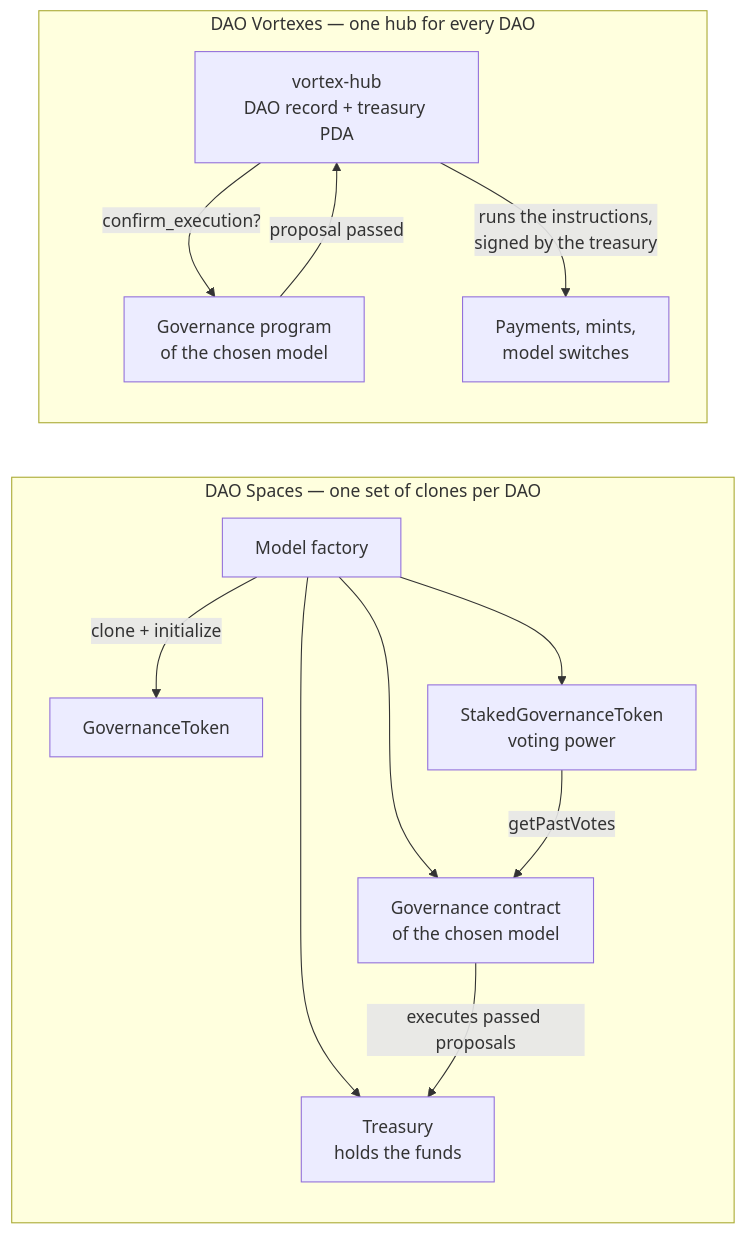
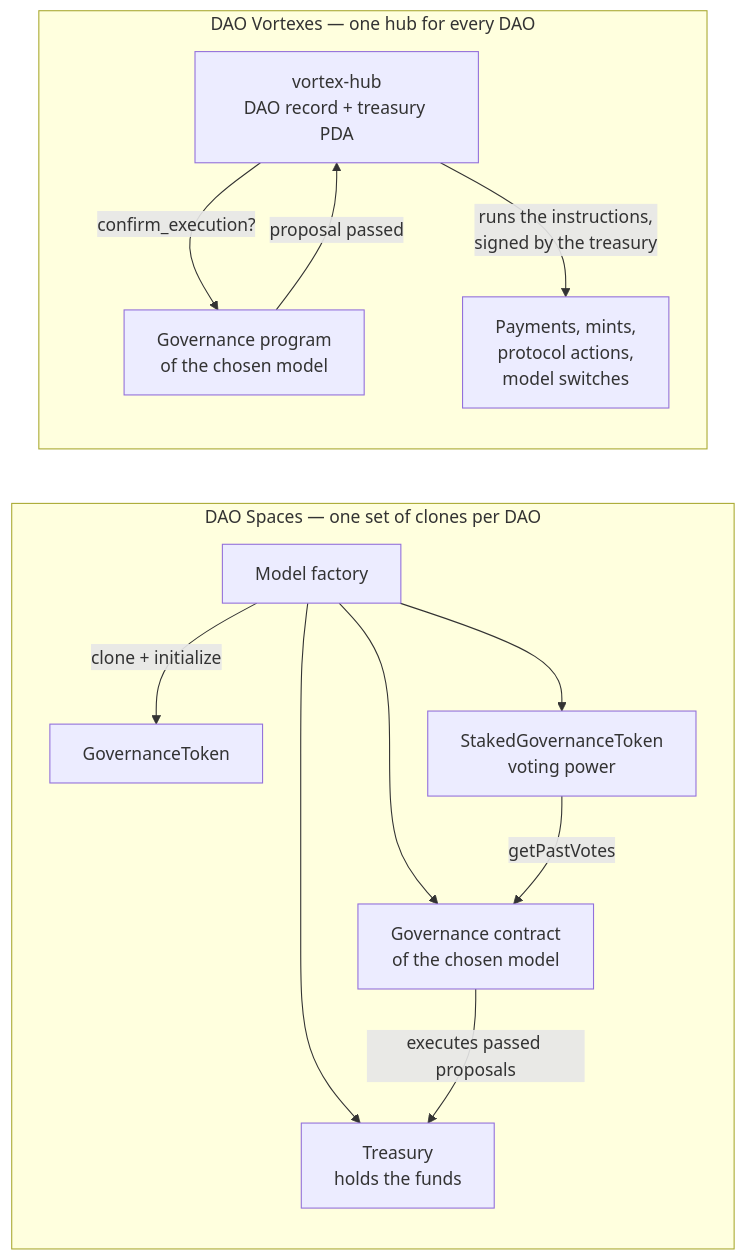
The second of 3 diagrams in README.md (replico-labs/protean), drawn with Mermaid before and after one commit. The commit also changed other lines of this file, not shown here.

Commit message:
README: Solana protocol actions, fill orders, mainnet fork test

````diff
--- a/README.md
+++ b/README.md
@@ -66,19 +67,19 @@
 ```mermaid
 flowchart LR
     subgraph EVM["DAO Spaces — one set of clones per DAO"]
         F[Model factory] -->|clone + initialize| T[GovernanceToken]
         F --> S[StakedGovernanceToken<br/>voting power]
         F --> TR[Treasury<br/>holds the funds]
         F --> G[Governance contract<br/>of the chosen model]
         G -->|executes passed proposals| TR
         S -->|getPastVotes| G
     end
 
     subgraph SVM["DAO Vortexes — one hub for every DAO"]
         H[vortex-hub<br/>DAO record + treasury PDA]
         GP[Governance program<br/>of the chosen model]
         H -->|confirm_execution?| GP
         GP -->|proposal passed| H
-        H -->|runs the instructions,<br/>signed by the treasury| X[Payments, mints,<br/>model switches]
+        H -->|runs the instructions,<br/>signed by the treasury| X[Payments, mints,<br/>protocol actions,<br/>model switches]
     end
 ```
````
